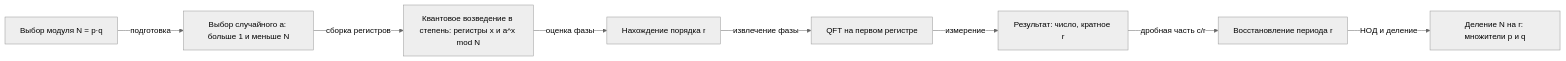
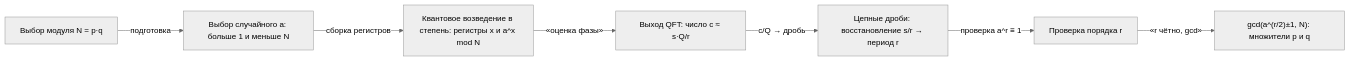
Before and after one commit to DrDimooon/qc-design-course: the diagram in curriculum/03-algorithms/02-qft-shor.md, drawn with Mermaid (neutral theme). The commit also changed other lines of this file and 43 other files, not shown here.

````diff
--- a/curriculum/03-algorithms/02-qft-shor.md
+++ b/curriculum/03-algorithms/02-qft-shor.md
@@ -81,10 +83,9 @@
 ```mermaid
 flowchart LR
   A["Выбор модуля N = p·q"] -->|"подготовка"| B["Выбор случайного a: больше 1 и меньше N"]
   B -->|"сборка регистров"| C["Квантовое возведение в степень: регистры x и a^x mod N"]
-  C -->|"оценка фазы"| D["Нахождение порядка r"]
-  D -->|"извлечение фазы"| E["QFT на первом регистре"]
-  E -->|"измерение"| F["Результат: число, кратное r"]
-  F -->|"дробная часть c/r"| G["Восстановление периода r"]
-  G -->|"НОД и деление"| H["Деление N на r: множители p и q"]
+  C -->|«оценка фазы»| D["Выход QFT: число c ≈ s·Q/r"]
+  D -->|"с/Q → дробь"| E["Цепные дроби: восстановление s/r → период r"]
+  E -->|"проверка a^r ≡ 1"| F["Проверка порядка r"]
+  F -->|«r чётно, gcd»| G["gcd(a^(r/2)±1, N): множители p и q"]
 ```
````
